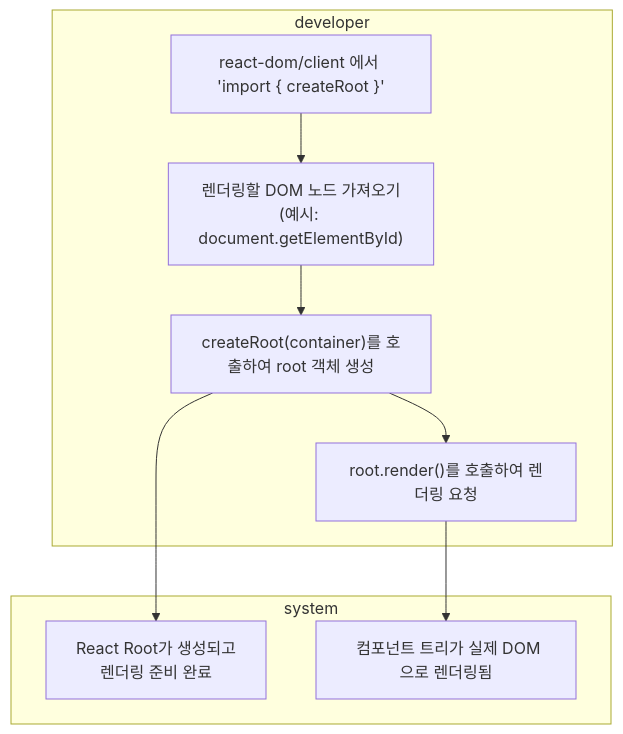
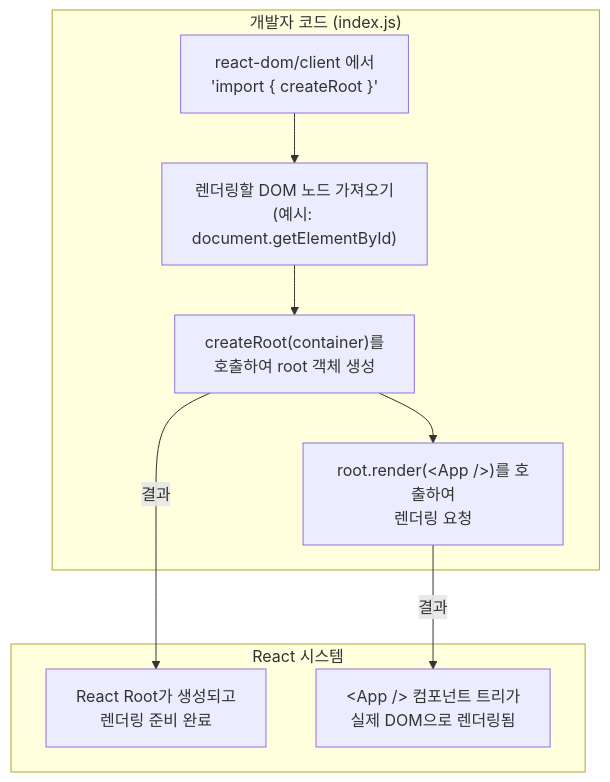
One commit to devtedlee/ted-projects-blog changed the first of 3 diagrams in cmdsppe7y000w02lh4rhkc76h.md. Above: the diagram before and after it, drawn with Mermaid.

Commit message:
update post: React19 Internals 1: 초기 마운트

````diff
--- a/cmdsppe7y000w02lh4rhkc76h.md
+++ b/cmdsppe7y000w02lh4rhkc76h.md
@@ -20,20 +20,16 @@
 ```mermaid
-flowchart TD
-  subgraph developer
-    A["react-dom/client 에서 'import { createRoot }'"]
-    B["렌더링할 DOM 노드 가져오기<br>(예시: document.getElementById)"]
-    C["createRoot(container)를 호출하여 root 객체 생성"]
-    D["root.render(<App />)를 호출하여 렌더링 요청"]
-  end
+graph TD
+    subgraph "개발자 코드 (index.js)"
+        A["react-dom/client 에서<br/>'import { createRoot }'"] --> B["렌더링할 DOM 노드 가져오기<br/>(예시: <br />document.getElementById)"]
+        B --> C["createRoot(container)를 <br/>호출하여 root 객체 생성"]
+        C --> D["root.render(&lt;App /&gt;)를 호출하여<br/>렌더링 요청"]
+    end
 
-  subgraph system
-    E["React Root가 생성되고<br>렌더링 준비 완료"]
-    F["<App /> 컴포넌트 트리가 실제 DOM으로 렌더링됨"]
-  end
+    subgraph "React 시스템"
+        E["React Root가 생성되고<br/>렌더링 준비 완료"]
+        F["&lt;App /&gt; 컴포넌트 트리가<br/>실제 DOM으로 렌더링됨"]
+    end
 
-  A --> B
-  B --> C
-  C --> D
-  C --> E
-  D --> F
+    C -- "결과" --> E
+    D -- "결과" --> F
 ```
````
